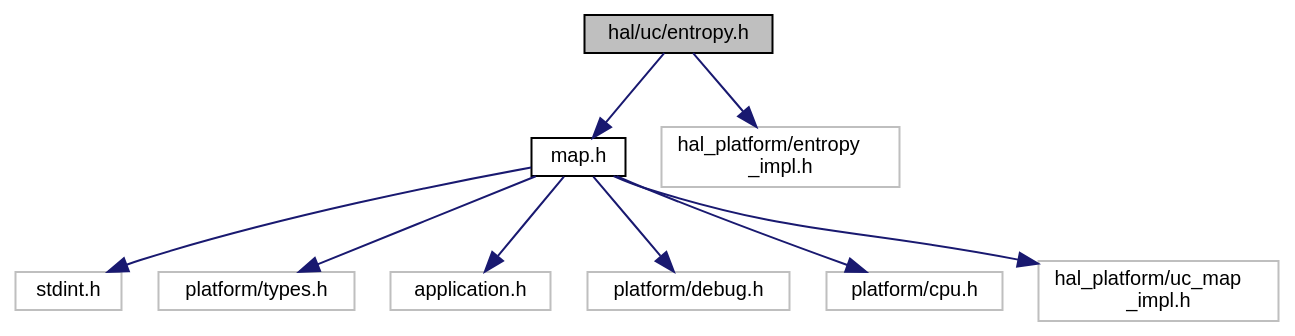
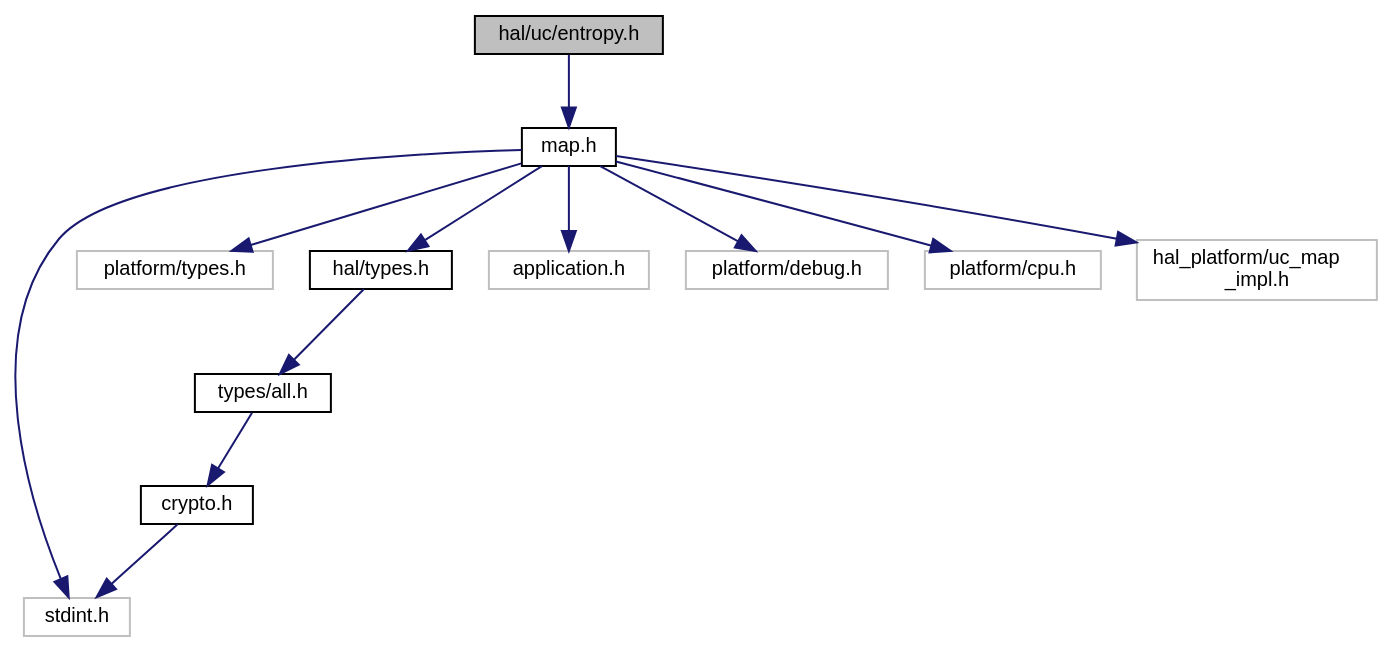
One commit to ebs-universe/piolib-hal-uc changed the diagram in entropy_8h__incl.dot. Above: the diagram before and after it, drawn with Graphviz. The commit also changed 189 other files, not shown here.

```diff
--- a/entropy_8h__incl.dot
+++ b/entropy_8h__incl.dot
@@ -1,25 +1,30 @@
 digraph "hal/uc/entropy.h"
 {
  // INTERACTIVE_SVG=YES
  // LATEX_PDF_SIZE
   bgcolor="transparent";
   edge [fontname="Helvetica",fontsize="10",labelfontname="Helvetica",labelfontsize="10"];
   node [fontname="Helvetica",fontsize="10",shape=record];
   Node1 [label="hal/uc/entropy.h",height=0.2,width=0.4,color="black", fillcolor="grey75", style="filled", fontcolor="black",tooltip="HAL for uC entropy source."];
   Node1 -> Node2 [color="midnightblue",fontsize="10",style="solid",fontname="Helvetica"];
   Node2 [label="map.h",height=0.2,width=0.4,color="black",URL="$map_8h.html",tooltip="HAL for uC Peripheral Map."];
   Node2 -> Node3 [color="midnightblue",fontsize="10",style="solid",fontname="Helvetica"];
   Node3 [label="stdint.h",height=0.2,width=0.4,color="grey75",tooltip=" "];
   Node2 -> Node4 [color="midnightblue",fontsize="10",style="solid",fontname="Helvetica"];
   Node4 [label="platform/types.h",height=0.2,width=0.4,color="grey75",tooltip=" "];
   Node2 -> Node5 [color="midnightblue",fontsize="10",style="solid",fontname="Helvetica"];
-  Node5 [label="application.h",height=0.2,width=0.4,color="grey75",tooltip=" "];
-  Node2 -> Node6 [color="midnightblue",fontsize="10",style="solid",fontname="Helvetica"];
-  Node6 [label="platform/debug.h",height=0.2,width=0.4,color="grey75",tooltip=" "];
-  Node2 -> Node7 [color="midnightblue",fontsize="10",style="solid",fontname="Helvetica"];
-  Node7 [label="platform/cpu.h",height=0.2,width=0.4,color="grey75",tooltip=" "];
+  Node5 [label="hal/types.h",height=0.2,width=0.4,color="black",URL="$types_8h_source.html",tooltip=" "];
+  Node5 -> Node6 [color="midnightblue",fontsize="10",style="solid",fontname="Helvetica"];
+  Node6 [label="types/all.h",height=0.2,width=0.4,color="black",URL="$types_2all_8h_source.html",tooltip=" "];
+  Node6 -> Node7 [color="midnightblue",fontsize="10",style="solid",fontname="Helvetica"];
+  Node7 [label="crypto.h",height=0.2,width=0.4,color="black",URL="$types_2crypto_8h_source.html",tooltip=" "];
+  Node7 -> Node3 [color="midnightblue",fontsize="10",style="solid",fontname="Helvetica"];
   Node2 -> Node8 [color="midnightblue",fontsize="10",style="solid",fontname="Helvetica"];
-  Node8 [label="hal_platform/uc_map\l_impl.h",height=0.2,width=0.4,color="grey75",tooltip=" "];
-  Node1 -> Node9 [color="midnightblue",fontsize="10",style="solid",fontname="Helvetica"];
-  Node9 [label="hal_platform/entropy\l_impl.h",height=0.2,width=0.4,color="grey75",tooltip=" "];
+  Node8 [label="application.h",height=0.2,width=0.4,color="grey75",tooltip=" "];
+  Node2 -> Node9 [color="midnightblue",fontsize="10",style="solid",fontname="Helvetica"];
+  Node9 [label="platform/debug.h",height=0.2,width=0.4,color="grey75",tooltip=" "];
+  Node2 -> Node10 [color="midnightblue",fontsize="10",style="solid",fontname="Helvetica"];
+  Node10 [label="platform/cpu.h",height=0.2,width=0.4,color="grey75",tooltip=" "];
+  Node2 -> Node11 [color="midnightblue",fontsize="10",style="solid",fontname="Helvetica"];
+  Node11 [label="hal_platform/uc_map\l_impl.h",height=0.2,width=0.4,color="grey75",tooltip=" "];
 }
```
